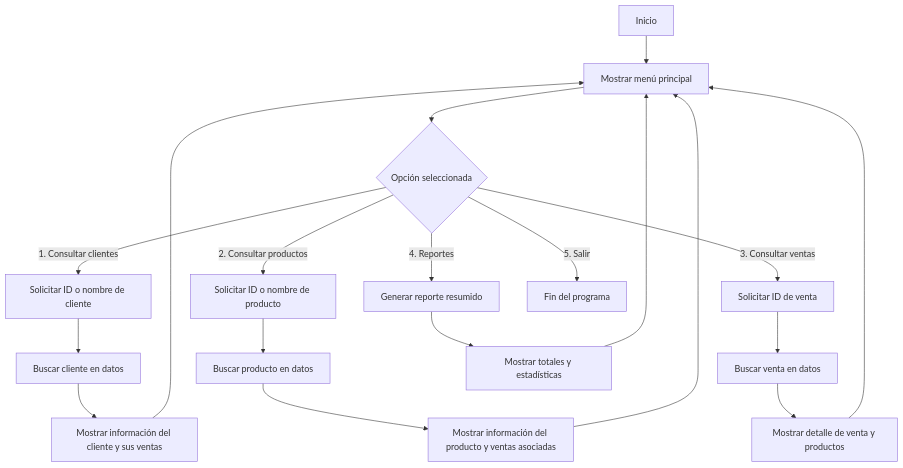
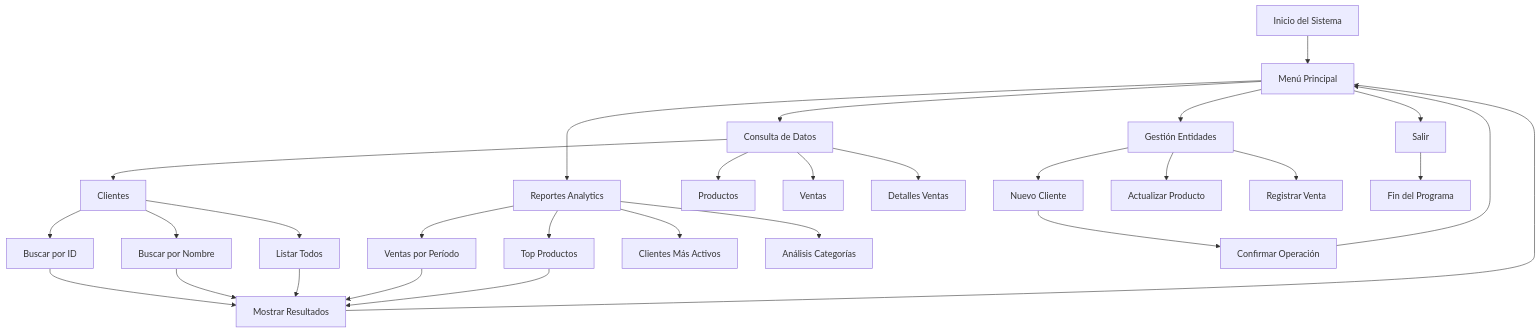
Before and after one commit to JohnGolgota/guayerd-e1: the second of 2 diagrams in documentacion.md, drawn with Mermaid. The commit also changed other lines of this file, not shown here.

````diff
--- a/documentacion.md
+++ b/documentacion.md
@@ -114,27 +164,39 @@
 ```mermaid
 flowchart TD
-
-A[Inicio] --> B[Mostrar menú principal]
-B --> C{Opción seleccionada}
-
-C -->|1. Consultar clientes| D[Solicitar ID o nombre de cliente]
-D --> E[Buscar cliente en datos]
-E --> F[Mostrar información del cliente y sus ventas]
-F --> B
-
-C -->|2. Consultar productos| G[Solicitar ID o nombre de producto]
-G --> H[Buscar producto en datos]
-H --> I[Mostrar información del producto y ventas asociadas]
-I --> B
-
-C -->|3. Consultar ventas| J[Solicitar ID de venta]
-J --> K[Buscar venta en datos]
-K --> L[Mostrar detalle de venta y productos]
-L --> B
-
-C -->|4. Reportes| M[Generar reporte resumido]
-M --> N[Mostrar totales y estadísticas]
-N --> B
-
-C -->|5. Salir| O[Fin del programa]
+    A[Inicio del Sistema] --> B[Menú Principal]
+    
+    B --> C[Consulta de Datos]
+    B --> D[Reportes Analytics]
+    B --> E[Gestión Entidades]
+    B --> F[Salir]
+    
+    C --> C1[Clientes]
+    C --> C2[Productos]
+    C --> C3[Ventas]
+    C --> C4[Detalles Ventas]
+    
+    C1 --> C1A[Buscar por ID]
+    C1 --> C1B[Buscar por Nombre]
+    C1 --> C1C[Listar Todos]
+    
+    D --> D1[Ventas por Período]
+    D --> D2[Top Productos]
+    D --> D3[Clientes Más Activos]
+    D --> D4[Análisis Categorías]
+    
+    E --> E1[Nuevo Cliente]
+    E --> E2[Actualizar Producto]
+    E --> E3[Registrar Venta]
+    
+    C1A --> G[Mostrar Resultados]
+    C1B --> G
+    C1C --> G
+    D1 --> G
+    D2 --> G
+    E1 --> H[Confirmar Operación]
+    
+    G --> B
+    H --> B
+    
+    F --> I[Fin del Programa]
 ```
````
